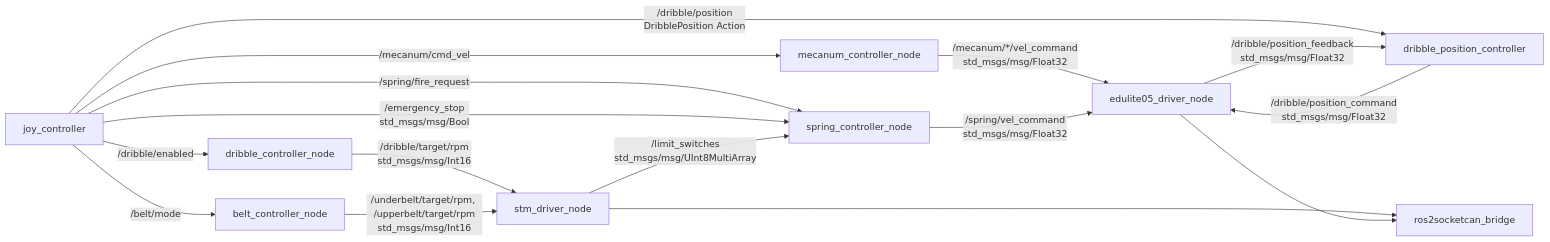
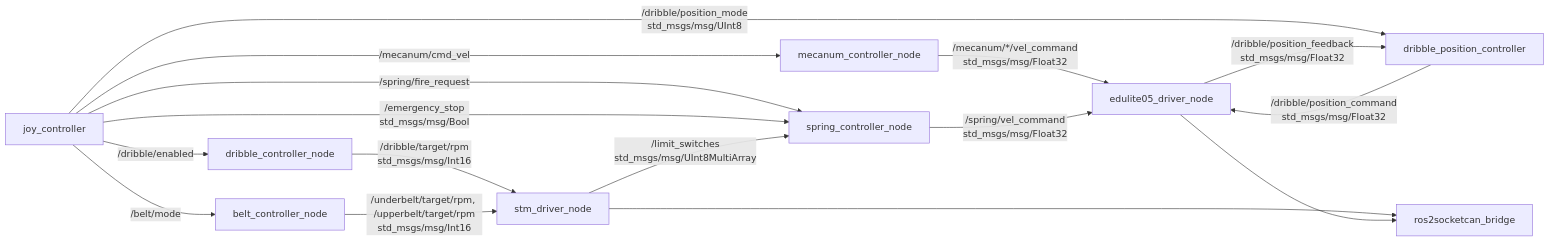
Before and after one commit to rodep-soft/rox2026: the diagram in ros2_ws/src/robot_controller/README.md, drawn with Mermaid. The commit also changed other lines of this file and 12 other files, not shown here.

````diff
--- a/ros2_ws/src/robot_controller/README.md
+++ b/ros2_ws/src/robot_controller/README.md
@@ -7,30 +7,30 @@
 ```mermaid
 flowchart LR
   joy[joy_controller]
   mecanum[mecanum_controller_node]
   spring[spring_controller_node]
   dribble[dribble_controller_node]
   position[dribble_position_controller]
   belt[belt_controller_node]
   stm_driver[stm_driver_node]
   edulite_driver[edulite05_driver_node]
   bridge[ros2socketcan_bridge]
 
   joy -->|/mecanum/cmd_vel| mecanum
   joy -->|/spring/fire_request| spring
   joy -->|/dribble/enabled| dribble
   joy -->|/belt/mode| belt
-  joy -->|/dribble/position\nDribblePosition Action| position
+  joy -->|/dribble/position_mode\nstd_msgs/msg/UInt8| position
   joy -->|/emergency_stop\nstd_msgs/msg/Bool| spring
 
   mecanum -->|/mecanum/*/vel_command\nstd_msgs/msg/Float32| edulite_driver
   spring -->|/spring/vel_command\nstd_msgs/msg/Float32| edulite_driver
   dribble -->|/dribble/target/rpm\nstd_msgs/msg/Int16| stm_driver
   belt -->|/underbelt/target/rpm, /upperbelt/target/rpm\nstd_msgs/msg/Int16| stm_driver
   position -->|/dribble/position_command\nstd_msgs/msg/Float32| edulite_driver
   edulite_driver -->|/dribble/position_feedback\nstd_msgs/msg/Float32| position
   stm_driver -->|/limit_switches\nstd_msgs/msg/UInt8MultiArray| spring
 
   stm_driver --> bridge
   edulite_driver --> bridge
 ```
````
